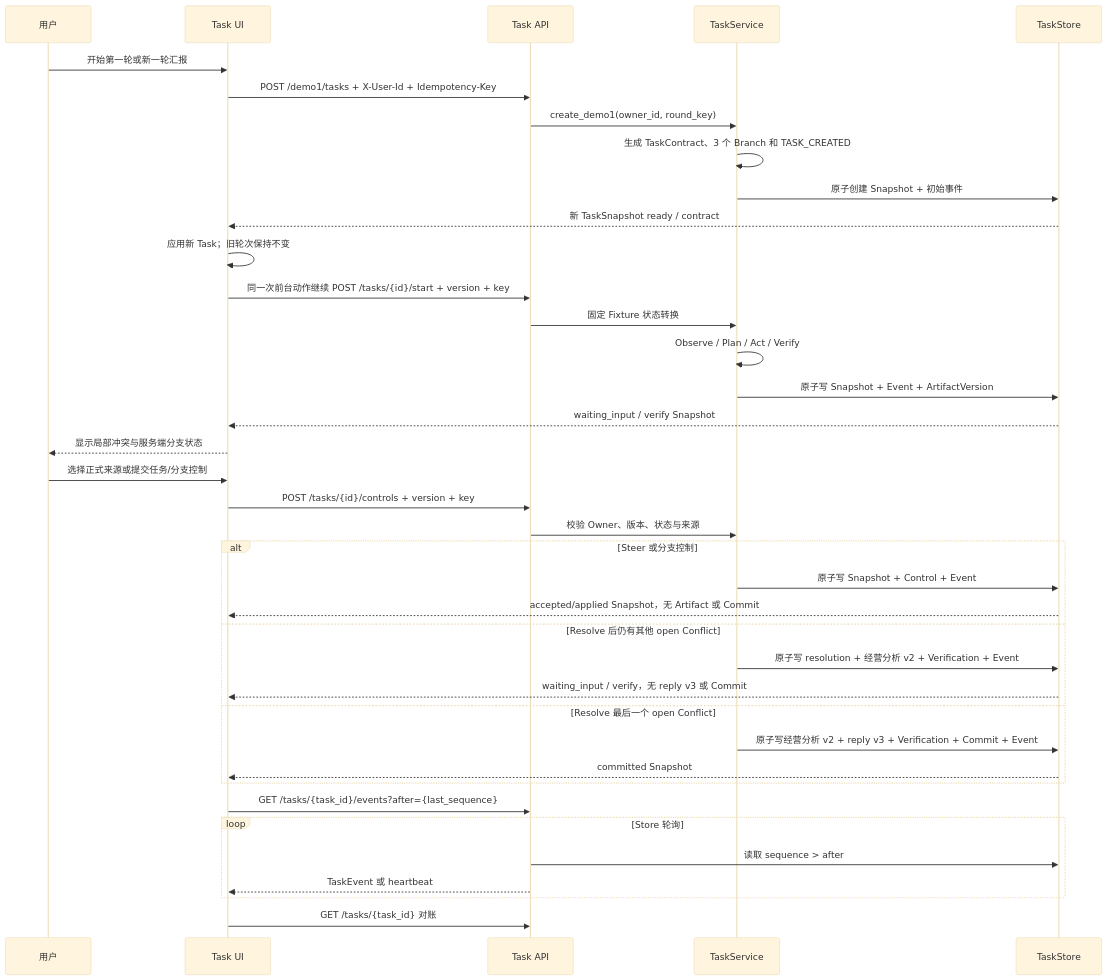
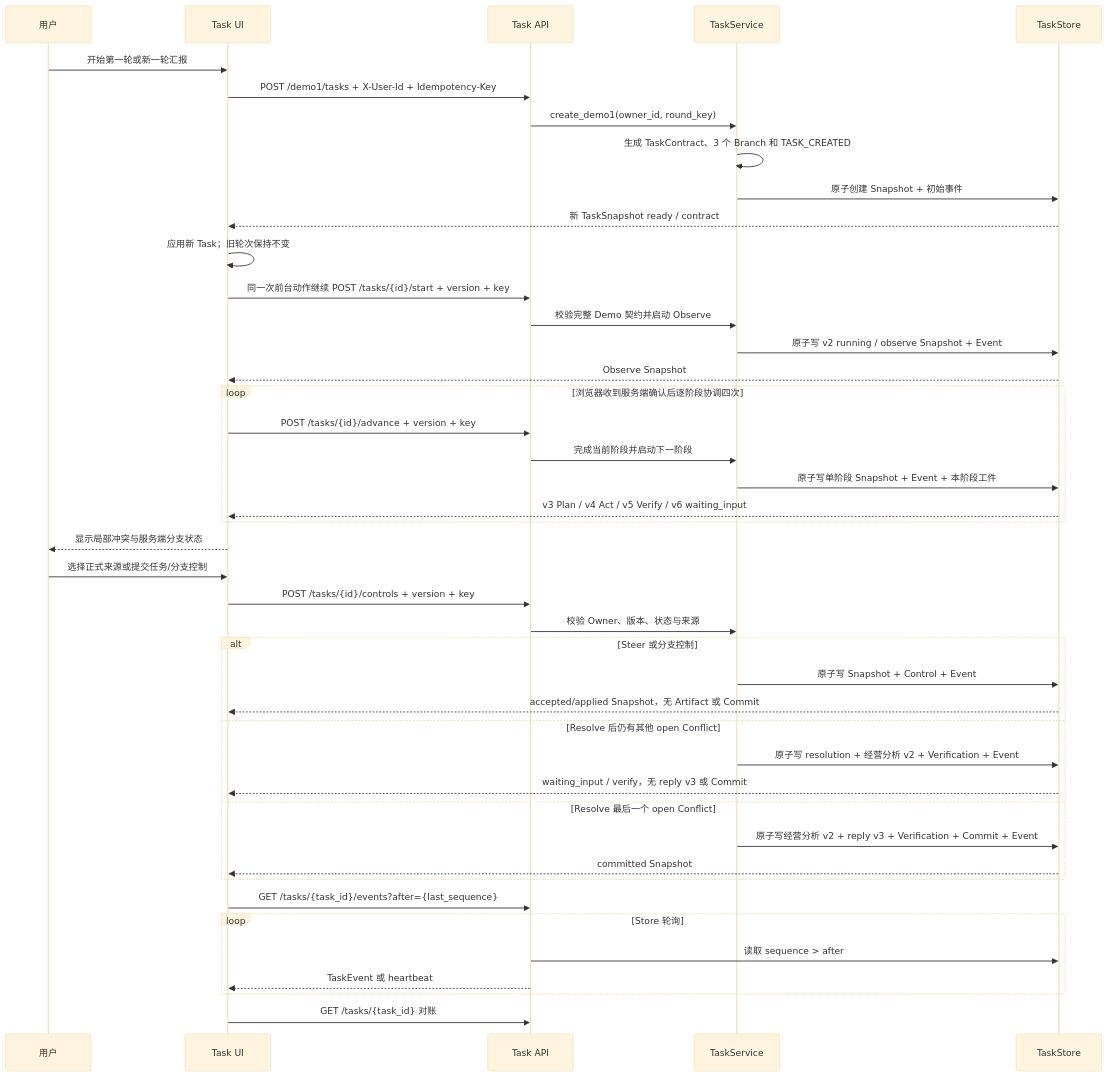
One commit to Dickey007s/lenovo_agent changed the fifth of 7 diagrams in docs/ARCHITECTURE.md. Above: the diagram before and after it, drawn with Mermaid (base theme). The commit also changed other lines of this file and 5 other files, not shown here.

````diff
--- a/docs/ARCHITECTURE.md
+++ b/docs/ARCHITECTURE.md
@@ -215,41 +215,46 @@
 ```mermaid
 sequenceDiagram
     participant U as 用户
     participant W as Task UI
     participant A as Task API
     participant S as TaskService
     participant D as TaskStore
 
     U->>W: 开始第一轮或新一轮汇报
     W->>A: POST /demo1/tasks + X-User-Id + Idempotency-Key
     A->>S: create_demo1(owner_id, round_key)
     S->>S: 生成 TaskContract、3 个 Branch 和 TASK_CREATED
     S->>D: 原子创建 Snapshot + 初始事件
     D-->>W: 新 TaskSnapshot ready / contract
     W->>W: 应用新 Task；旧轮次保持不变
     W->>A: 同一次前台动作继续 POST /tasks/{id}/start + version + key
-    A->>S: 固定 Fixture 状态转换
-    S->>S: Observe / Plan / Act / Verify
-    S->>D: 原子写 Snapshot + Event + ArtifactVersion
-    D-->>W: waiting_input / verify Snapshot
+    A->>S: 校验完整 Demo 契约并启动 Observe
+    S->>D: 原子写 v2 running / observe Snapshot + Event
+    D-->>W: Observe Snapshot
+    loop 浏览器收到服务端确认后逐阶段协调四次
+        W->>A: POST /tasks/{id}/advance + version + key
+        A->>S: 完成当前阶段并启动下一阶段
+        S->>D: 原子写单阶段 Snapshot + Event + 本阶段工件
+        D-->>W: v3 Plan / v4 Act / v5 Verify / v6 waiting_input
+    end
     W-->>U: 显示局部冲突与服务端分支状态
     U->>W: 选择正式来源或提交任务/分支控制
     W->>A: POST /tasks/{id}/controls + version + key
     A->>S: 校验 Owner、版本、状态与来源
     alt Steer 或分支控制
         S->>D: 原子写 Snapshot + Control + Event
         D-->>W: accepted/applied Snapshot，无 Artifact 或 Commit
     else Resolve 后仍有其他 open Conflict
         S->>D: 原子写 resolution + 经营分析 v2 + Verification + Event
         D-->>W: waiting_input / verify，无 reply v3 或 Commit
     else Resolve 最后一个 open Conflict
         S->>D: 原子写经营分析 v2 + reply v3 + Verification + Commit + Event
         D-->>W: committed Snapshot
     end
     W->>A: GET /tasks/{task_id}/events?after={last_sequence}
     loop Store 轮询
         A->>D: 读取 sequence > after
         A-->>W: TaskEvent 或 heartbeat
     end
     W->>A: GET /tasks/{task_id} 对账
 ```
````
